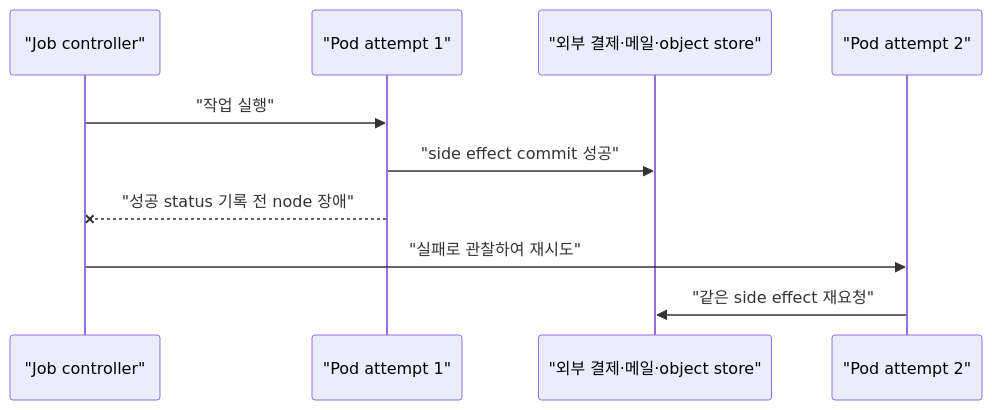
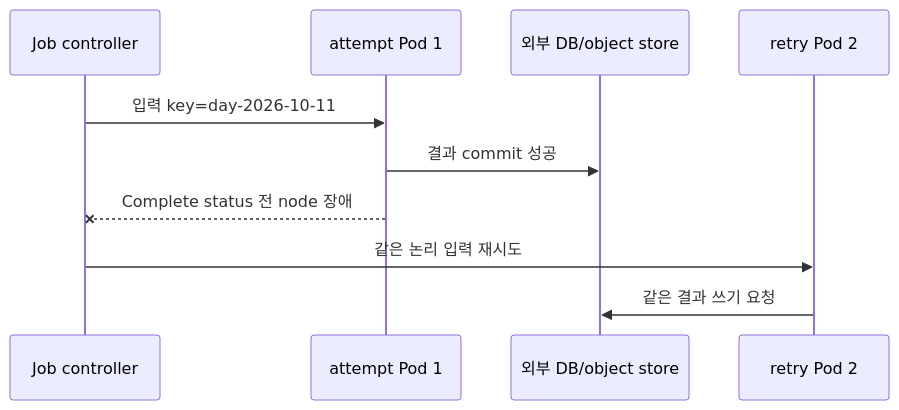
One commit to mj006648/netai-devsecops-runbook changed the third of 3 diagrams in learning/kubernetes/04-workloads.md. Above: the diagram before and after it, drawn with Mermaid. The commit also changed other lines of this file and 165 other files, not shown here.

````diff
--- a/learning/kubernetes/04-workloads.md
+++ b/learning/kubernetes/04-workloads.md
@@ -200,12 +234,12 @@
 ```mermaid
 sequenceDiagram
-    participant J as "Job controller"
-    participant P1 as "Pod attempt 1"
-    participant X as "외부 결제·메일·object store"
-    participant P2 as "Pod attempt 2"
-    J->>P1: "작업 실행"
-    P1->>X: "side effect commit 성공"
-    P1--xJ: "성공 status 기록 전 node 장애"
-    J->>P2: "실패로 관찰하여 재시도"
-    P2->>X: "같은 side effect 재요청"
+    participant J as Job controller
+    participant P1 as attempt Pod 1
+    participant X as 외부 DB/object store
+    participant P2 as retry Pod 2
+    J->>P1: 입력 key=day-2026-10-11
+    P1->>X: 결과 commit 성공
+    P1--xJ: Complete status 전 node 장애
+    J->>P2: 같은 논리 입력 재시도
+    P2->>X: 같은 결과 쓰기 요청
 ```
````
